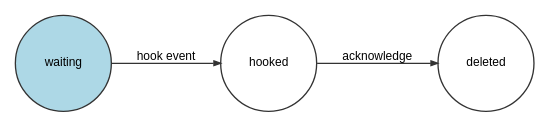
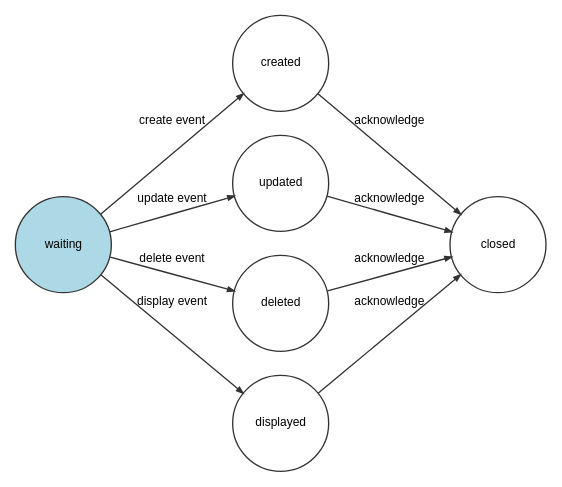
The diagram in xarimages/hook_sample.dot (xaraya/modules), drawn with Graphviz before and after one commit. The commit also changed 5 other files, not shown here.

```diff
--- a/xarimages/hook_sample.dot
+++ b/xarimages/hook_sample.dot
@@ -1,11 +1,20 @@
 digraph workflow {
   ratio="compress" rankdir="LR"
   node [fontsize="9" fontname="Arial" color="#333333" fillcolor="lightblue" fixedsize="false" width="1" href="/"];
   edge [fontsize="9" fontname="Arial" color="#333333" arrowhead="normal" arrowsize="0.5" href="/"];
 
   place_12625ba3c14eddfc43fddb76cbc069528cec8b7f [label="waiting", shape=circle style="filled" href="/bermuda/index.php?module=workflow&type=user&func=test&workflow=hook_sample&place=waiting"];
-  place_e2862b5d6c43f3681af64aadec5cb2ff892656c2 [label="hooked", shape=circle href="/bermuda/index.php?module=workflow&type=user&func=test&workflow=hook_sample&place=hooked"];
+  place_21c50805b553b7a40e48394a5d77d442587ddee2 [label="created", shape=circle href="/bermuda/index.php?module=workflow&type=user&func=test&workflow=hook_sample&place=created"];
+  place_13a1891af75c642306a6b695377d16e4a91f0e1b [label="updated", shape=circle href="/bermuda/index.php?module=workflow&type=user&func=test&workflow=hook_sample&place=updated"];
   place_b639f5cc719831458c83999303237e8499c0cabe [label="deleted", shape=circle href="/bermuda/index.php?module=workflow&type=user&func=test&workflow=hook_sample&place=deleted"];
-  place_12625ba3c14eddfc43fddb76cbc069528cec8b7f -> place_e2862b5d6c43f3681af64aadec5cb2ff892656c2 [label="hook event" style="solid" href="/bermuda/index.php?module=workflow&type=user&func=test&workflow=hook_sample&transition=hook event"];
-  place_e2862b5d6c43f3681af64aadec5cb2ff892656c2 -> place_b639f5cc719831458c83999303237e8499c0cabe [label="acknowledge" style="solid" href="/bermuda/index.php?module=workflow&type=user&func=test&workflow=hook_sample&transition=acknowledge"];
+  place_cf9711ca06b31cb9cac3bc15bdc04bcbce3ced03 [label="displayed", shape=circle href="/bermuda/index.php?module=workflow&type=user&func=test&workflow=hook_sample&place=displayed"];
+  place_ea88fbaa99b73225752e2ef67593f775848160ad [label="closed", shape=circle href="/bermuda/index.php?module=workflow&type=user&func=test&workflow=hook_sample&place=closed"];
+  place_12625ba3c14eddfc43fddb76cbc069528cec8b7f -> place_21c50805b553b7a40e48394a5d77d442587ddee2 [label="create event" style="solid" href="/bermuda/index.php?module=workflow&type=user&func=test&workflow=hook_sample&transition=create event"];
+  place_12625ba3c14eddfc43fddb76cbc069528cec8b7f -> place_13a1891af75c642306a6b695377d16e4a91f0e1b [label="update event" style="solid" href="/bermuda/index.php?module=workflow&type=user&func=test&workflow=hook_sample&transition=update event"];
+  place_12625ba3c14eddfc43fddb76cbc069528cec8b7f -> place_b639f5cc719831458c83999303237e8499c0cabe [label="delete event" style="solid" href="/bermuda/index.php?module=workflow&type=user&func=test&workflow=hook_sample&transition=delete event"];
+  place_12625ba3c14eddfc43fddb76cbc069528cec8b7f -> place_cf9711ca06b31cb9cac3bc15bdc04bcbce3ced03 [label="display event" style="solid" href="/bermuda/index.php?module=workflow&type=user&func=test&workflow=hook_sample&transition=display event"];
+  place_21c50805b553b7a40e48394a5d77d442587ddee2 -> place_ea88fbaa99b73225752e2ef67593f775848160ad [label="acknowledge" style="solid" href="/bermuda/index.php?module=workflow&type=user&func=test&workflow=hook_sample&transition=acknowledge"];
+  place_13a1891af75c642306a6b695377d16e4a91f0e1b -> place_ea88fbaa99b73225752e2ef67593f775848160ad [label="acknowledge" style="solid" href="/bermuda/index.php?module=workflow&type=user&func=test&workflow=hook_sample&transition=acknowledge"];
+  place_b639f5cc719831458c83999303237e8499c0cabe -> place_ea88fbaa99b73225752e2ef67593f775848160ad [label="acknowledge" style="solid" href="/bermuda/index.php?module=workflow&type=user&func=test&workflow=hook_sample&transition=acknowledge"];
+  place_cf9711ca06b31cb9cac3bc15bdc04bcbce3ced03 -> place_ea88fbaa99b73225752e2ef67593f775848160ad [label="acknowledge" style="solid" href="/bermuda/index.php?module=workflow&type=user&func=test&workflow=hook_sample&transition=acknowledge"];
 }
```
